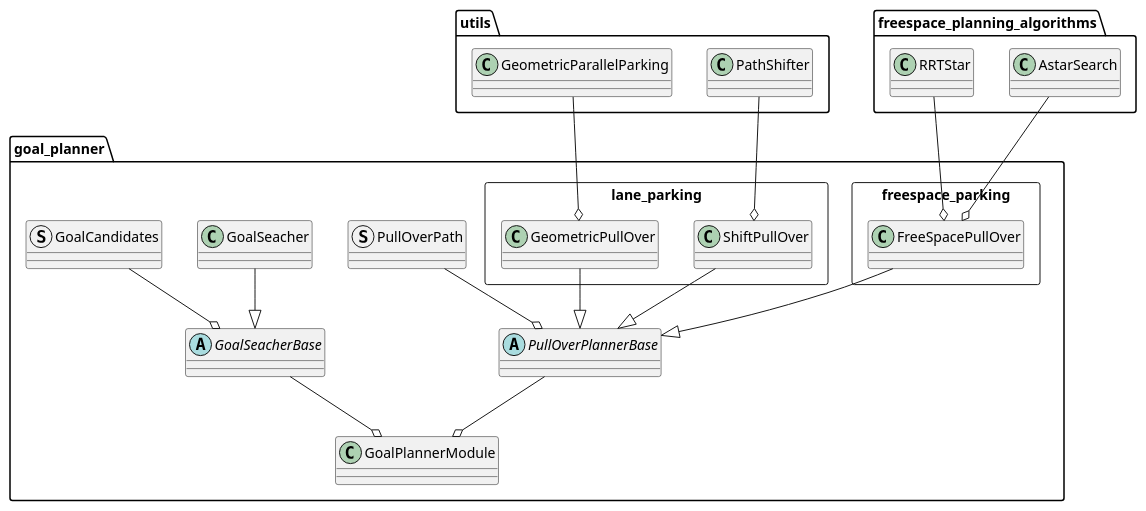
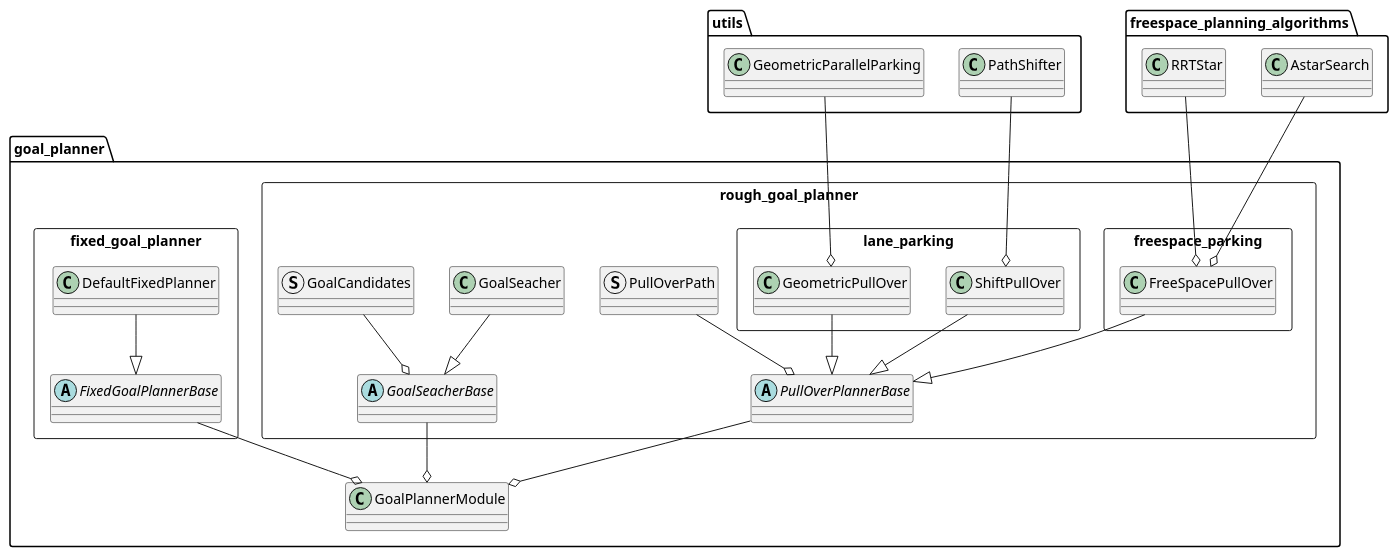
Before and after one commit to autowarefoundation/autoware: the diagram in planning/behavior_path_planner/docs/behavior_path_planner_goal_planner_design.md, drawn with PlantUML. The commit also changed other lines of this file and 1 other file, not shown here.

First line of the commit message:
docs(behavior_path_planner): update goal planner docs (#3690)

````diff
--- a/planning/behavior_path_planner/docs/behavior_path_planner_goal_planner_design.md
+++ b/planning/behavior_path_planner/docs/behavior_path_planner_goal_planner_design.md
@@ -9,67 +15,67 @@
 ```plantuml
 @startuml
 package goal_planner{
-    abstract class PullOverPlannerBase {
-    }
-    abstract class GoalSeacherBase {
+
+    class GoalPlannerModule {}
+
+    package rough_goal_planner <<Rectangle>>{
+
+        package lane_parking <<Rectangle>>{
+            class ShiftPullOver {}
+            class GeometricPullOver {}
+        }
+
+        package freespace_parking <<Rectangle>>{
+            class FreeSpacePullOver {}
+        }
+
+        class GoalSeacher {}
+
+        struct GoalCandidates {}
+        struct PullOverPath{}
+
+        abstract class PullOverPlannerBase {}
+        abstract class GoalSeacherBase {}
+
     }
 
-    package lane_parking <<Rectangle>>{
-        class ShiftPullOver {
-        }
-        class GeometricPullOver {
-        }
+    package fixed_goal_planner <<Rectangle>>{
+        abstract class FixedGoalPlannerBase {}
+        class DefaultFixedPlanner{}
     }
-
-    package freespace_parking <<Rectangle>>{
-        class FreeSpacePullOver {
-        }
-    }
-
-    class GoalSeacher {
-    }
-
-    class GoalPlannerModule {
-    }
-
-
-    struct GoalCandidates {
-    }
-
-    struct PullOverPath{}
 }
 
 
 package utils{
-    class PathShifter {
-    }
+    class PathShifter {}
 
-    class GeometricParallelParking {
-    }
+    class GeometricParallelParking {}
 }
 
 package freespace_planning_algorithms
  {
     class AstarSearch{}
     class RRTStar{}
 }
 
 ' goal planner
 ShiftPullOver --|> PullOverPlannerBase
 GeometricPullOver --|> PullOverPlannerBase
 FreeSpacePullOver --|> PullOverPlannerBase
 GoalSeacher --|> GoalSeacherBase
+DefaultFixedPlanner --|> FixedGoalPlannerBase
 
 PathShifter --o ShiftPullOver
 GeometricParallelParking --o GeometricPullOver
 AstarSearch --o FreeSpacePullOver
 RRTStar --o FreeSpacePullOver
 
 PullOverPlannerBase --o GoalPlannerModule
 GoalSeacherBase --o GoalPlannerModule
+FixedGoalPlannerBase --o GoalPlannerModule
 
 PullOverPath --o PullOverPlannerBase
 GoalCandidates --o GoalSeacherBase
 
 @enduml
 ```
````
